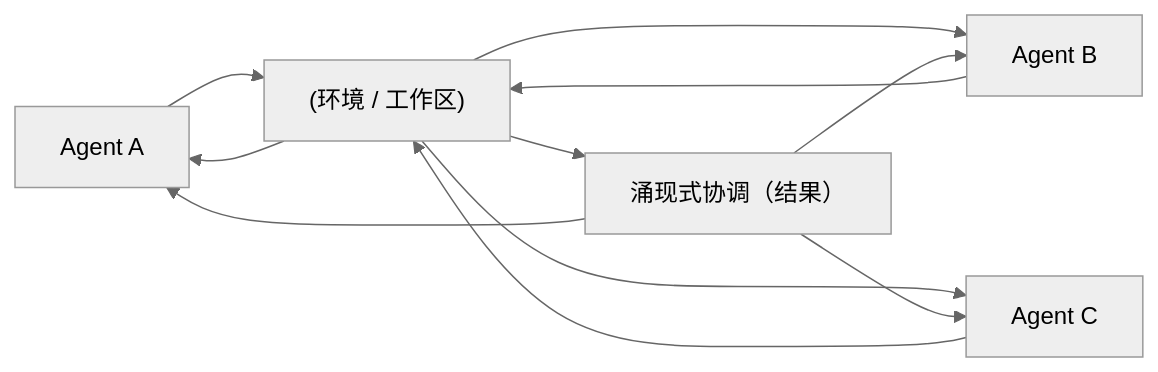
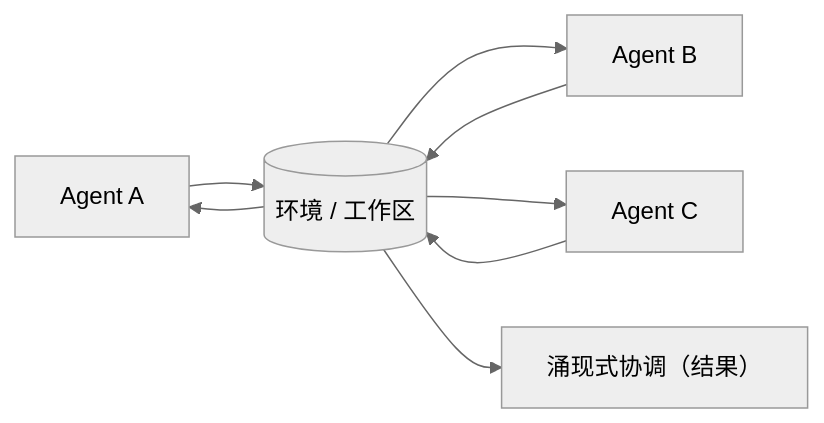
The diagram in content/wiki/patterns/stigmergy-environment-mediated.md (riba2534/multi-agent-wiki-cn), drawn with Mermaid (neutral theme) before and after one commit. The commit also changed 37 other files, not shown here.

````diff
--- a/content/wiki/patterns/stigmergy-environment-mediated.md
+++ b/content/wiki/patterns/stigmergy-environment-mediated.md
@@ -16,13 +16,10 @@
 ```mermaid
 flowchart LR
-  A[Agent A] --> E["(环境 / 工作区)"]
+  A[Agent A] --> E[(环境 / 工作区)]
   B[Agent B] --> E
   C[Agent C] --> E
   E --> A
   E --> B
   E --> C
   E --> R["涌现式协调（结果）"]
-  R --> A
-  R --> B
-  R --> C
 ```
````
